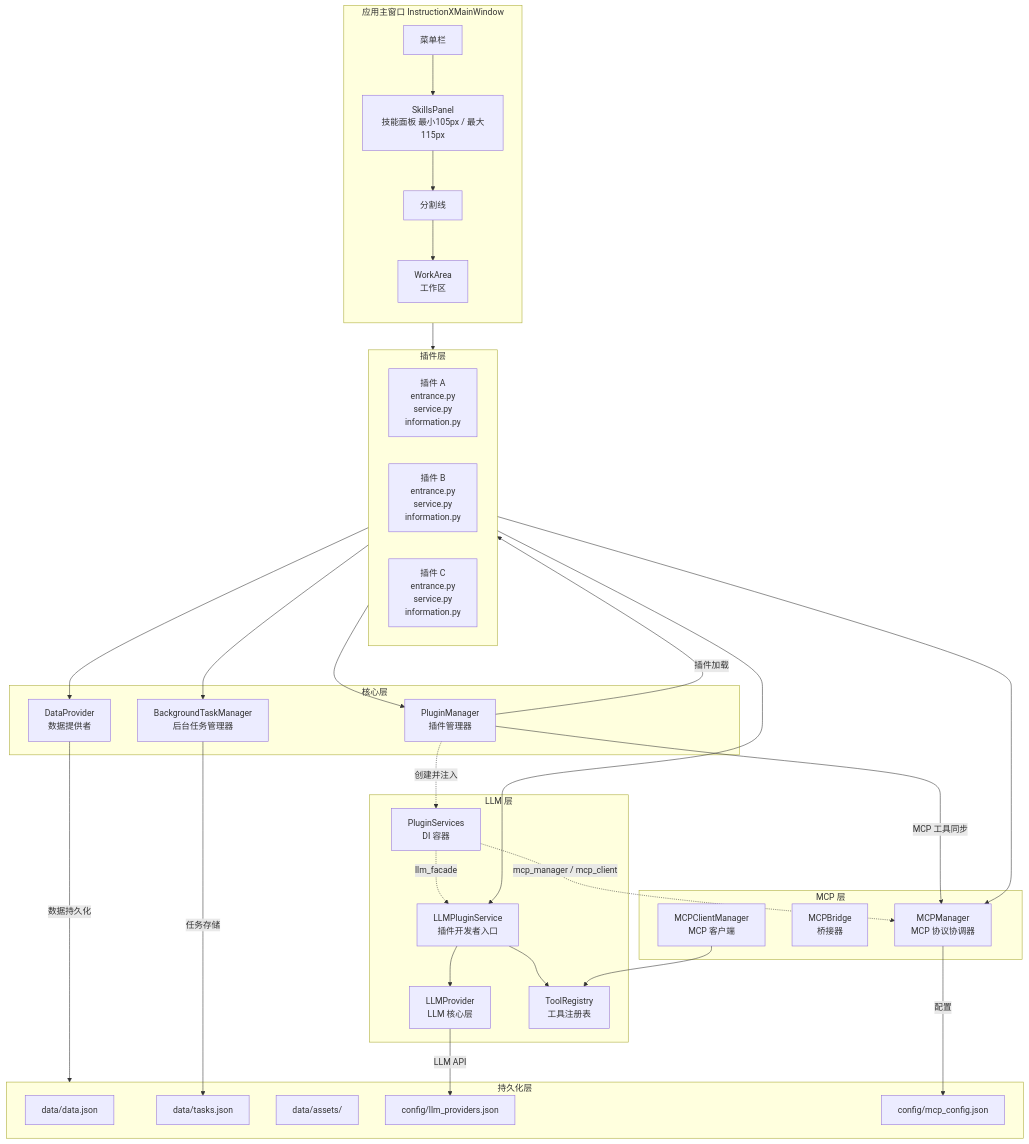
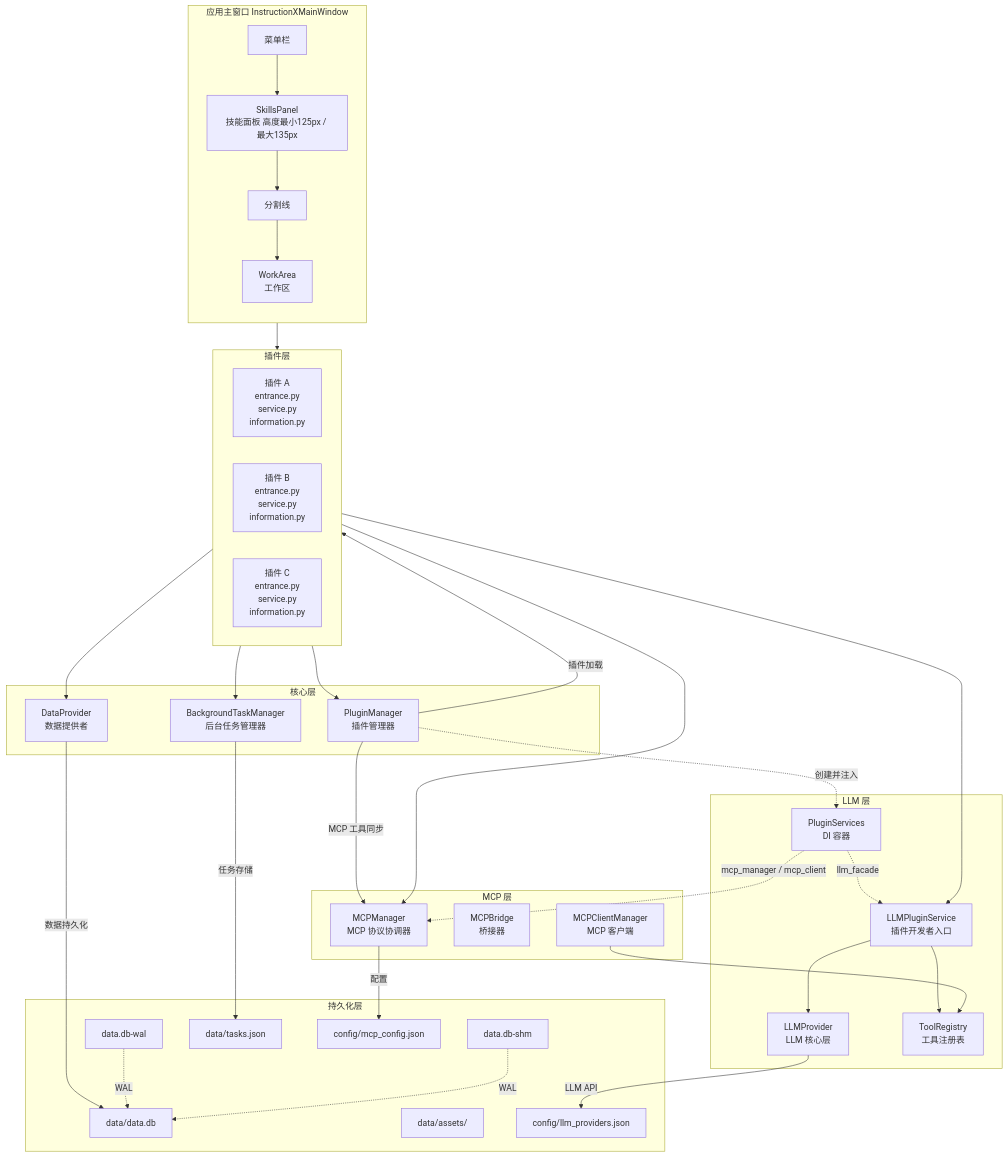
One commit to KKPIP-Tech/InstructionX changed the first of 4 diagrams in docs/architecture/overview.md. Above: the diagram before and after it, drawn with Mermaid. The commit also changed other lines of this file and 24 other files, not shown here.

````diff
--- a/docs/architecture/overview.md
+++ b/docs/architecture/overview.md
@@ -24,61 +24,65 @@
 ```mermaid
 graph TB
     subgraph MainWindow ["应用主窗口 InstructionXMainWindow"]
         direction TB
-        Menu[菜单栏] --> SP[SkillsPanel<br/>技能面板 最小105px / 最大115px]
+        Menu[菜单栏] --> SP[SkillsPanel<br/>技能面板 高度最小125px / 最大135px]
         SP --> Divider[分割线]
         Divider --> WA[WorkArea<br/>工作区]
     end
 
     subgraph Plugins ["插件层"]
         PA[插件 A<br/>entrance.py<br/>service.py<br/>information.py]
         PB[插件 B<br/>entrance.py<br/>service.py<br/>information.py]
         PC[插件 C<br/>entrance.py<br/>service.py<br/>information.py]
     end
 
     subgraph Core ["核心层"]
         PM[PluginManager<br/>插件管理器]
         DP[DataProvider<br/>数据提供者]
         BTM[BackgroundTaskManager<br/>后台任务管理器]
     end
 
     subgraph MCP ["MCP 层"]
         MCPM[MCPManager<br/>MCP 协议协调器]
         MCPB[MCPBridge<br/>桥接器]
         MCPC[MCPClientManager<br/>MCP 客户端]
     end
 
     subgraph LLM ["LLM 层"]
         LLMS[LLMPluginService<br/>插件开发者入口]
         LLMP[LLMProvider<br/>LLM 核心层]
         PS[PluginServices<br/>DI 容器]
         TR[ToolRegistry<br/>工具注册表]
     end
 
     subgraph Storage ["持久化层"]
-        DataJSON[data/data.json]
+        DB[data/data.db]
+        DBWAL[data.db-wal]
+        DBSHM[data.db-shm]
         TasksJSON[data/tasks.json]
         Assets[data/assets/]
         LLMConfig[config/llm_providers.json]
         MCPConfig[config/mcp_config.json]
     end
 
     MainWindow --> Plugins
     Plugins --> PM
     Plugins --> DP
     Plugins --> BTM
     Plugins --> LLMS
     Plugins --> MCPM
     PM -.->|创建并注入| PS
     PS -.->|llm_facade| LLMS
     PS -.->|mcp_manager / mcp_client| MCPM
     LLMS --> LLMP
     LLMS --> TR
     MCPC --> TR
     LLMP -->|LLM API| LLMConfig
     PM -->|插件加载| Plugins
     PM -->|MCP 工具同步| MCPM
-    DP -->|数据持久化| Storage
+    DP -->|数据持久化| DB
+    DBWAL -.->|WAL| DB
+    DBSHM -.->|WAL| DB
     BTM -->|任务存储| TasksJSON
     MCPM -->|配置| MCPConfig
 ```
````
